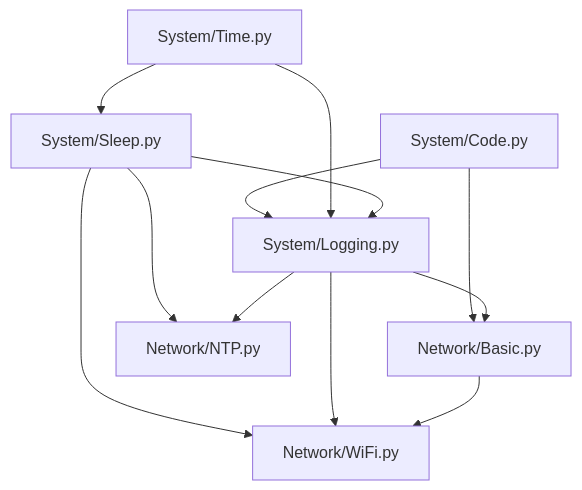
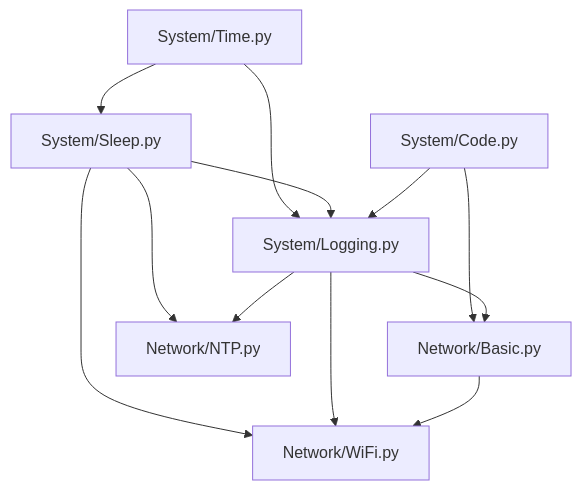
The diagram in Readme.md (Chen-HR/MicroPython_ESP32_lib), drawn with Mermaid before and after one commit. The commit also changed other lines of this file, not shown here.

````diff
--- a/Readme.md
+++ b/Readme.md
@@ -63,14 +74,14 @@
 ```mermaid
 graph TD
   A[System/Time.py] --> B[System/Sleep.py]
-  C[System/Code.py] --> D[System/Logging.py]
-  A --> D
+  A --> D[System/Logging.py]
   B --> D
+  C[System/Code.py] --> D
   C --> E[Network/Basic.py]
   D --> E
   B --> F[Network/WiFi.py]
   D --> F
   E --> F
   B --> G[Network/NTP.py]
   D --> G
 ```
````
